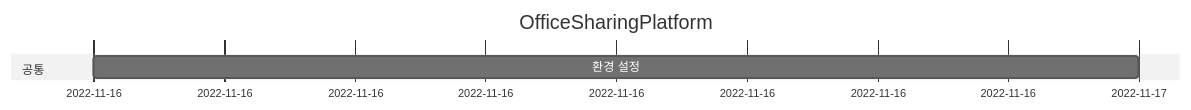
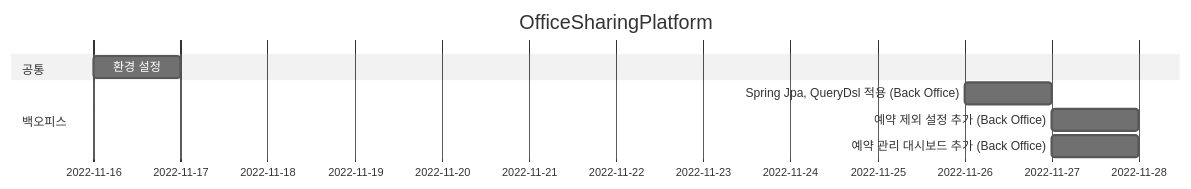
Before and after one commit to Hell-O-Demon-World/BackOfficeTest: the diagram in README.md, drawn with Mermaid (neutral theme). The commit also changed 16 other files, not shown here.

````diff
--- a/README.md
+++ b/README.md
@@ -11,12 +11,14 @@
 ```mermaid
 gantt
 dateFormat MM-DD
 title OfficeSharingPlatform
 
     section 공통
     환경 설정             :chap1, 11-16, 1d
 
     section 백오피스
-
+    Spring Jpa, QueryDsl 적용 (Back Office) : chap1, 11-26, 1d
+    예약 제외 설정 추가 (Back Office)           : chap2, 11-27, 1d
+    예약 관리 대시보드 추가 (Back Office)        : chap3, 11-27, 1d
 
 ```
````
